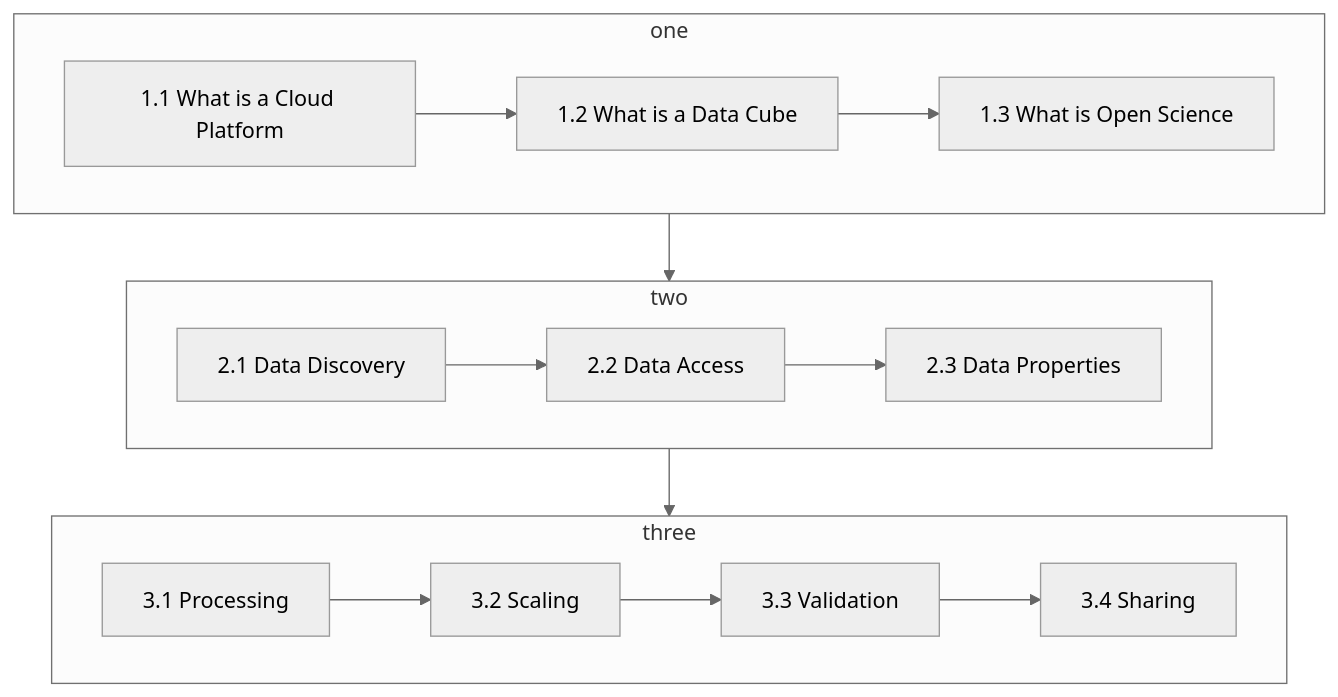
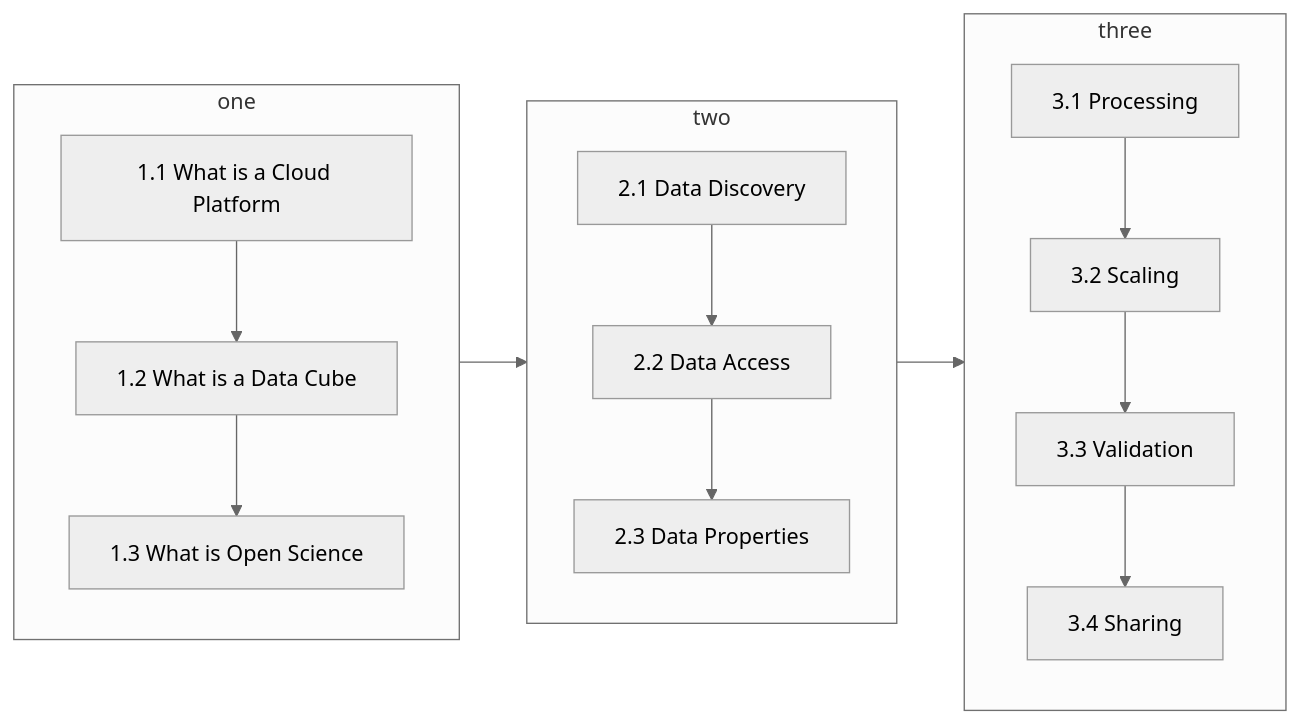
The diagram in README.md (EO-College/cubes-and-clouds), drawn with Mermaid (neutral theme) before and after one commit.

Commit message:
direct flow

````diff
--- a/README.md
+++ b/README.md
@@ -11,19 +11,19 @@
 ```mermaid
-graph TD
+flowchart LR
       subgraph one
       A[1.1 What is a Cloud Platform]-->B[1.2 What is a Data Cube];
       B-->C[1.3 What is Open Science];
       end
       subgraph two
       D[2.1 Data Discovery]-->E[2.2 Data Access];
       E-->F[2.3 Data Properties];
       end
       subgraph three
       G[3.1 Processing]-->H[3.2 Scaling];
       H-->I[3.3 Validation];
       I-->J[3.4 Sharing];
       end
       one --> two
       two --> three
       
 ```
````
